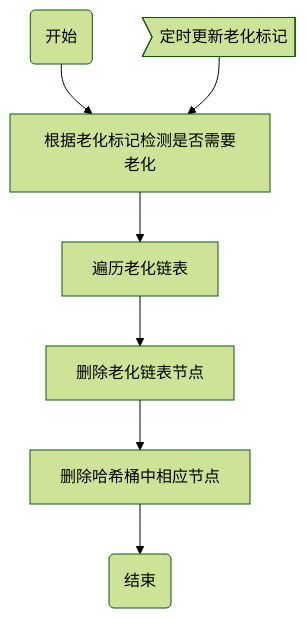
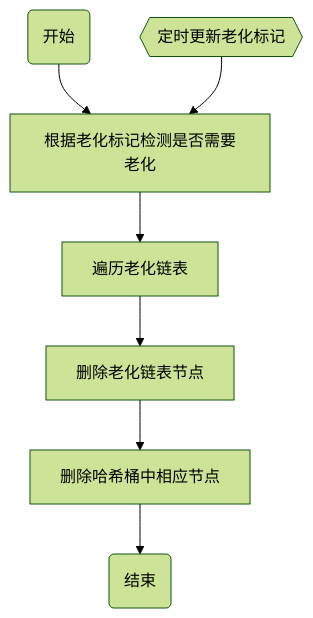
One commit to yslinux86/flowtable_ageing changed the second of 2 diagrams in README.md. Above: the diagram before and after it, drawn with Mermaid (forest theme). The commit also changed other lines of this file, not shown here.

````diff
--- a/README.md
+++ b/README.md
@@ -87,13 +91,13 @@
 ```mermaid
 graph TD
 start(开始)
-update>定时更新老化标记]
+update{{定时更新老化标记}}
 check[根据老化标记检测是否需要老化]
 foreachageinglist[遍历老化链表]
 deletenode[删除老化链表节点]
 deletehashbucket[删除哈希桶中相应节点]
 over(结束)
 
 start-->check-->foreachageinglist-->deletenode-->deletehashbucket-->over
 update-->check
 ```
````
